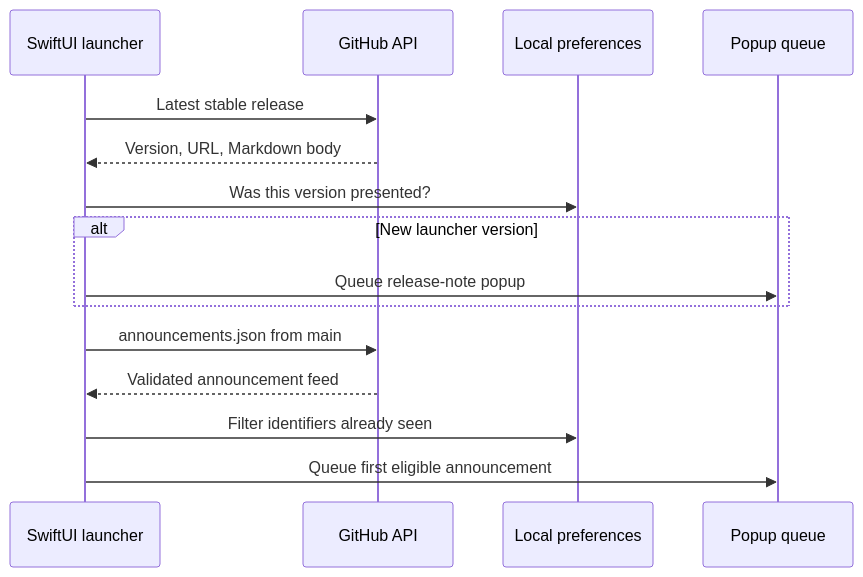
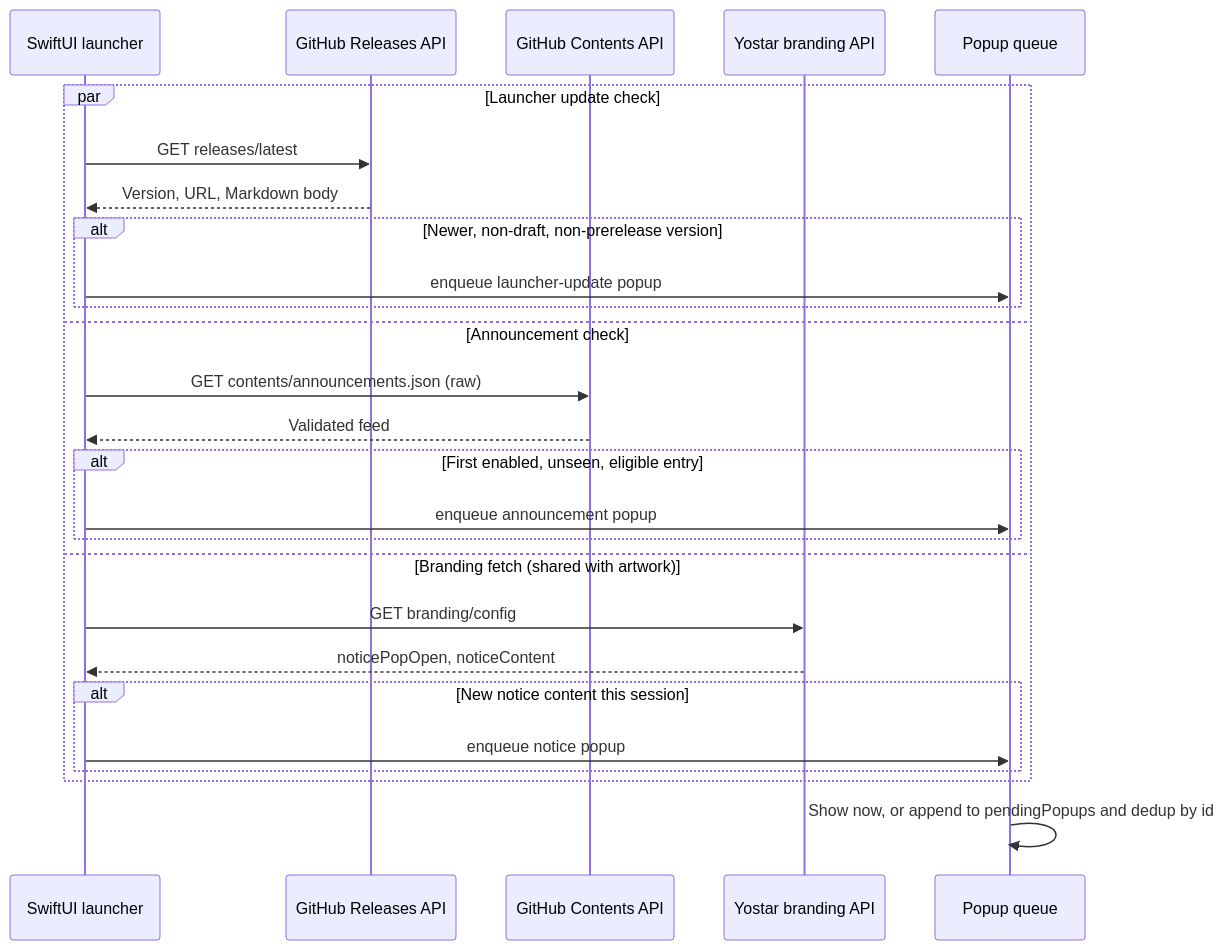
Before and after one commit to LuMiSxh/Arknights-MacOS-Client: the fourth of 4 diagrams in docs/architecture.md, drawn with Mermaid. The commit also changed other lines of this file and 4 other files, not shown here.

Commit message:
docs: tighten AGENTS.md and refresh architecture, release, and troubleshooting docs

````diff
--- a/docs/architecture.md
+++ b/docs/architecture.md
@@ -112,18 +130,29 @@
 ```mermaid
 sequenceDiagram
 	participant App as SwiftUI launcher
-	participant GitHub as GitHub API
-	participant Prefs as Local preferences
-	participant UI as Popup queue
+	participant Releases as GitHub Releases API
+	participant Contents as GitHub Contents API
+	participant Yostar as Yostar branding API
+	participant Queue as Popup queue
 
-	App->>GitHub: Latest stable release
-	GitHub-->>App: Version, URL, Markdown body
-	App->>Prefs: Was this version presented?
-	alt New launcher version
-		App->>UI: Queue release-note popup
+	par Launcher update check
+		App->>Releases: GET releases/latest
+		Releases-->>App: Version, URL, Markdown body
+		alt Newer, non-draft, non-prerelease version
+			App->>Queue: enqueue launcher-update popup
+		end
+	and Announcement check
+		App->>Contents: GET contents/announcements.json (raw)
+		Contents-->>App: Validated feed
+		alt First enabled, unseen, eligible entry
+			App->>Queue: enqueue announcement popup
+		end
+	and Branding fetch (shared with artwork)
+		App->>Yostar: GET branding/config
+		Yostar-->>App: noticePopOpen, noticeContent
+		alt New notice content this session
+			App->>Queue: enqueue notice popup
+		end
 	end
-	App->>GitHub: announcements.json from main
-	GitHub-->>App: Validated announcement feed
-	App->>Prefs: Filter identifiers already seen
-	App->>UI: Queue first eligible announcement
+	Queue->>Queue: Show now, or append to pendingPopups and dedup by id
 ```
````
